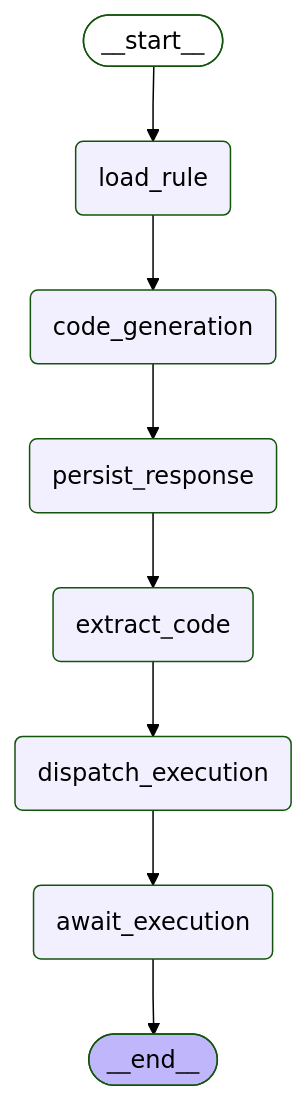
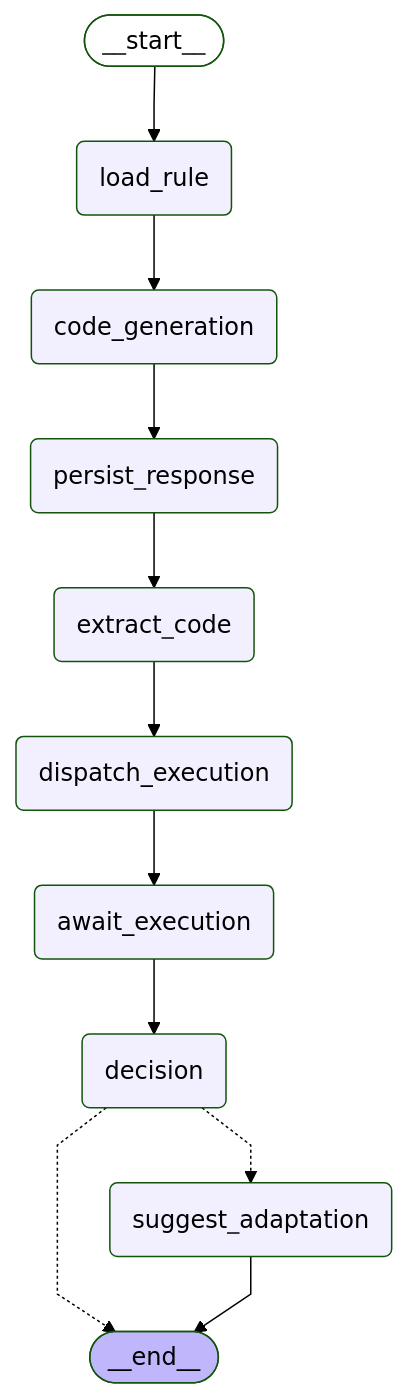
One commit to Titus-System/synapse changed the diagram in codegen/docs/graph.md. Above: the diagram before and after it, drawn with Mermaid (forest theme). The commit also changed 26 other files, not shown here.

````diff
--- a/codegen/docs/graph.md
+++ b/codegen/docs/graph.md
@@ -5,26 +5,31 @@
 ```mermaid
 ---
 config:
   flowchart:
     curve: linear
 ---
 graph TD;
 	__start__([<p>__start__</p>]):::first
 	load_rule(load_rule)
 	code_generation(code_generation)
 	persist_response(persist_response)
 	extract_code(extract_code)
 	dispatch_execution(dispatch_execution)
 	await_execution(await_execution)
+	decision(decision)
+	suggest_adaptation(suggest_adaptation)
 	__end__([<p>__end__</p>]):::last
 	__start__ --> load_rule;
+	await_execution --> decision;
 	code_generation --> persist_response;
+	decision -.-> __end__;
+	decision -.-> suggest_adaptation;
 	dispatch_execution --> await_execution;
 	extract_code --> dispatch_execution;
 	load_rule --> code_generation;
 	persist_response --> extract_code;
-	await_execution --> __end__;
+	suggest_adaptation --> __end__;
 	classDef default fill:#f2f0ff,line-height:1.2
 	classDef first fill-opacity:0
 	classDef last fill:#bfb6fc
 ```
````
